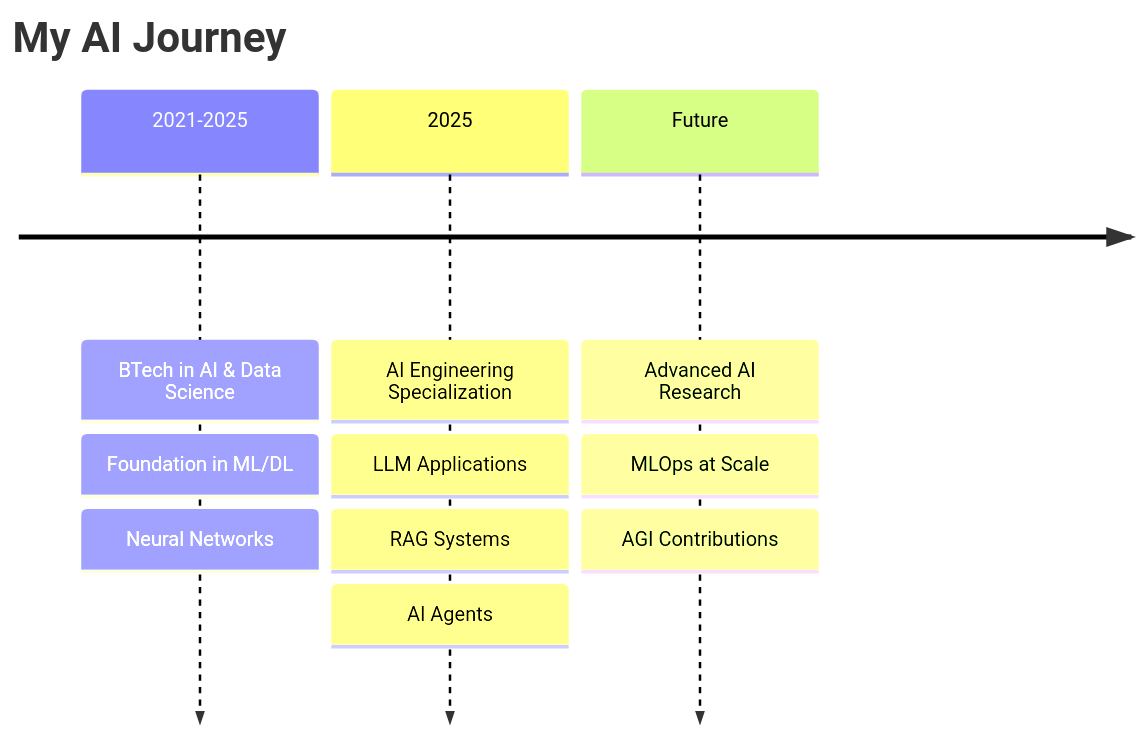
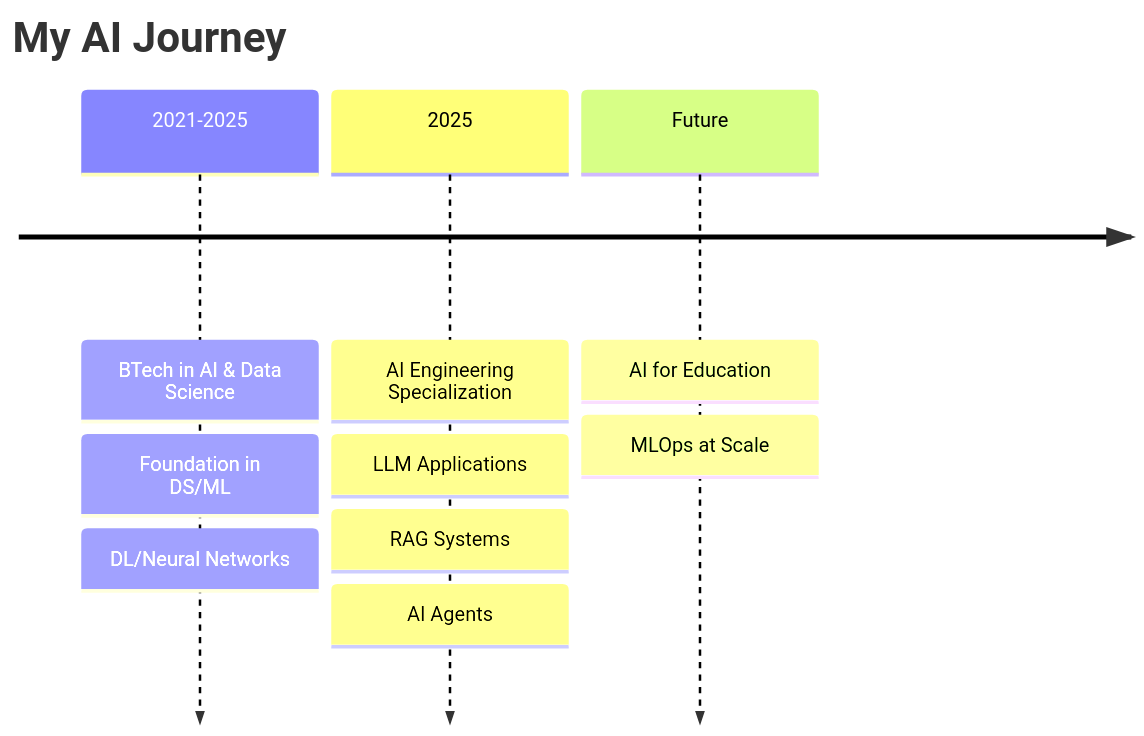
One commit to AravindYuvraj/AravindYuvraj changed the diagram in README.md. Above: the diagram before and after it, drawn with Mermaid. The commit also changed other lines of this file, not shown here.

````diff
--- a/README.md
+++ b/README.md
@@ -137,17 +119,16 @@
 ```mermaid
 timeline
     title My AI Journey
     
     2021-2025 : BTech in AI & Data Science
-               : Foundation in ML/DL
-               : Neural Networks
+               : Foundation in DS/ML
+               : DL/Neural Networks
     
     2025       : AI Engineering Specialization
                : LLM Applications
                : RAG Systems
                : AI Agents
     
-    Future     : Advanced AI Research
+    Future     : AI for Education
                : MLOps at Scale
-               : AGI Contributions
 ```
````
